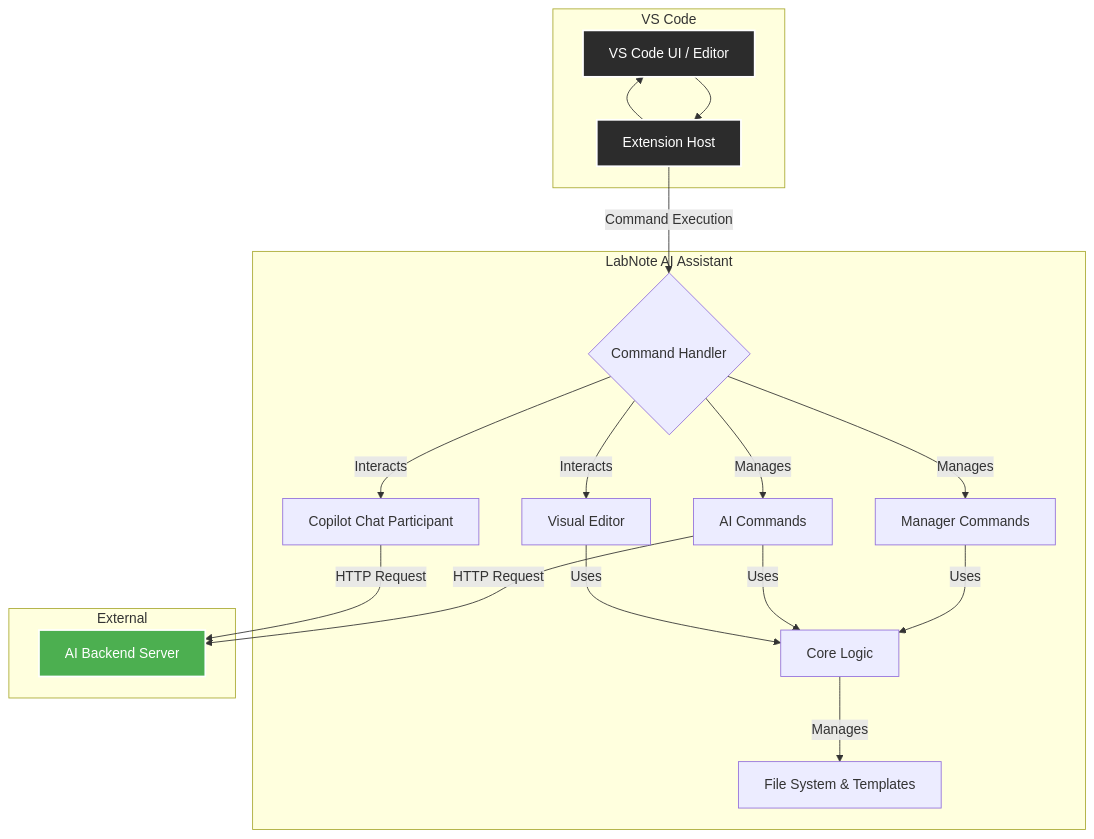
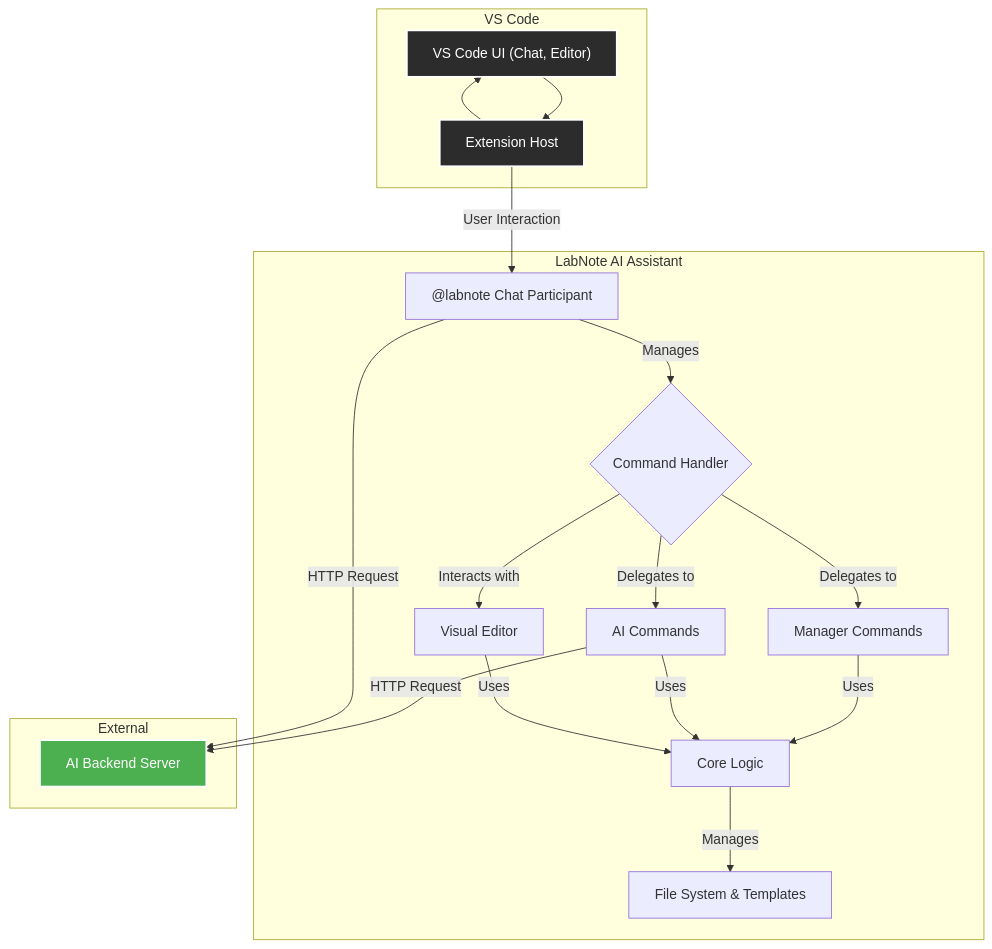
The first of 3 diagrams in README.md (sblabkribb/vscode-labnote-extension), drawn with Mermaid before and after one commit. The commit also changed other lines of this file and 6 other files, not shown here.

`````diff
--- a/README.md
+++ b/README.md
@@ -37,32 +43,32 @@
 ```mermaid
 graph TD
     subgraph VS Code
-        A["VS Code UI / Editor"] --> B["Extension Host"];
+        A["VS Code UI (Chat, Editor)"] --> B["Extension Host"];
         B --> A;
     end
 
     subgraph "LabNote AI Assistant"
-        B -- Command Execution --> C{Command Handler};
-        C -- Manages --> D[Manager Commands];
-        C -- Manages --> E[AI Commands];
-        C -- Interacts --> F[Visual Editor];
-        C -- Interacts --> G[Copilot Chat Participant];
+        B -- User Interaction --> G["@labnote Chat Participant"];
+        G -- Manages --> C{Command Handler};
+        C -- Delegates to --> D[Manager Commands];
+        C -- Delegates to --> E[AI Commands];
+        C -- Interacts with --> F[Visual Editor];
 
         D -- Uses --> H[Core Logic];
         E -- Uses --> H;
         F -- Uses --> H;
 
         H -- Manages --> I[File System & Templates];
     end
 
     subgraph External
         J[AI Backend Server];
     end
 
     E -- HTTP Request --> J;
     G -- HTTP Request --> J;
 
     style A fill:#2c2c2c,stroke:#fff,stroke-width:2px,color:#fff
     style B fill:#2c2c2c,stroke:#fff,stroke-width:2px,color:#fff
     style J fill:#4caf50,stroke:#fff,stroke-width:2px,color:#fff
-````
+```
`````
